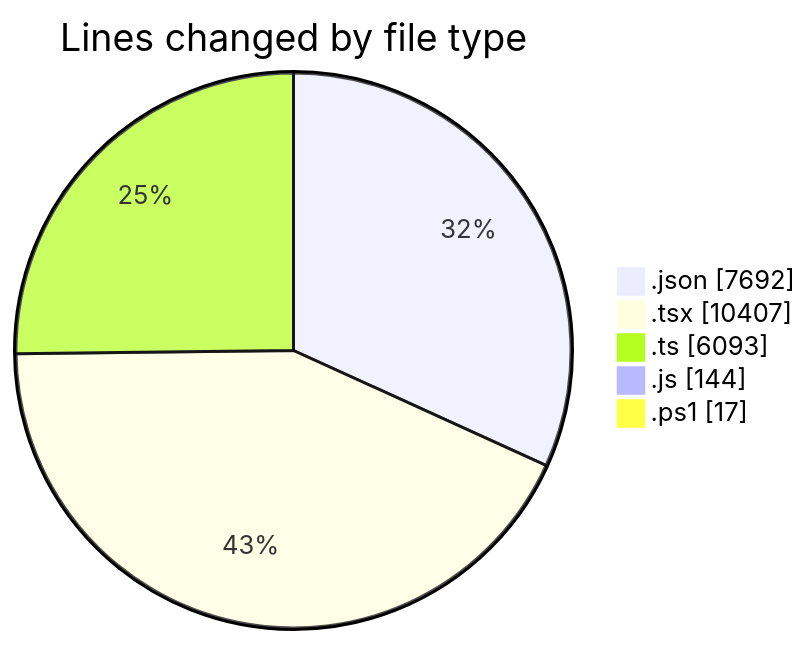
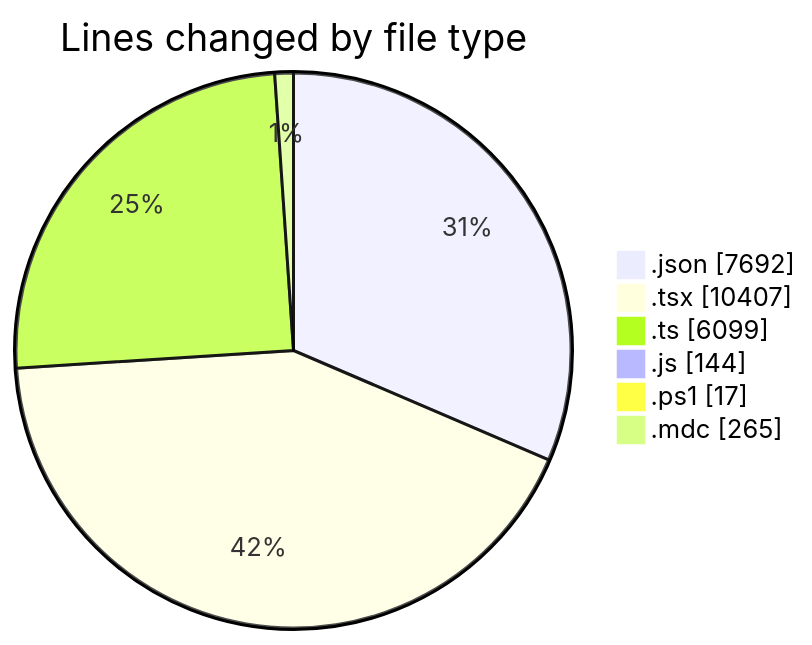
Before and after one commit to CELIANVF/code-tracking: the first of 2 diagrams in 2025-06-10/ecodeli-1/README.md, drawn with Mermaid. The commit also changed other lines of this file and 1 other file, not shown here.

````diff
--- a/2025-06-10/ecodeli-1/README.md
+++ b/2025-06-10/ecodeli-1/README.md
@@ -75,9 +76,10 @@
 ```mermaid
 pie showData
 title Lines changed by file type
 ".json" : 7692
 ".tsx" : 10407
-".ts" : 6093
+".ts" : 6099
 ".js" : 144
 ".ps1" : 17
+".mdc" : 265
 ```
````
